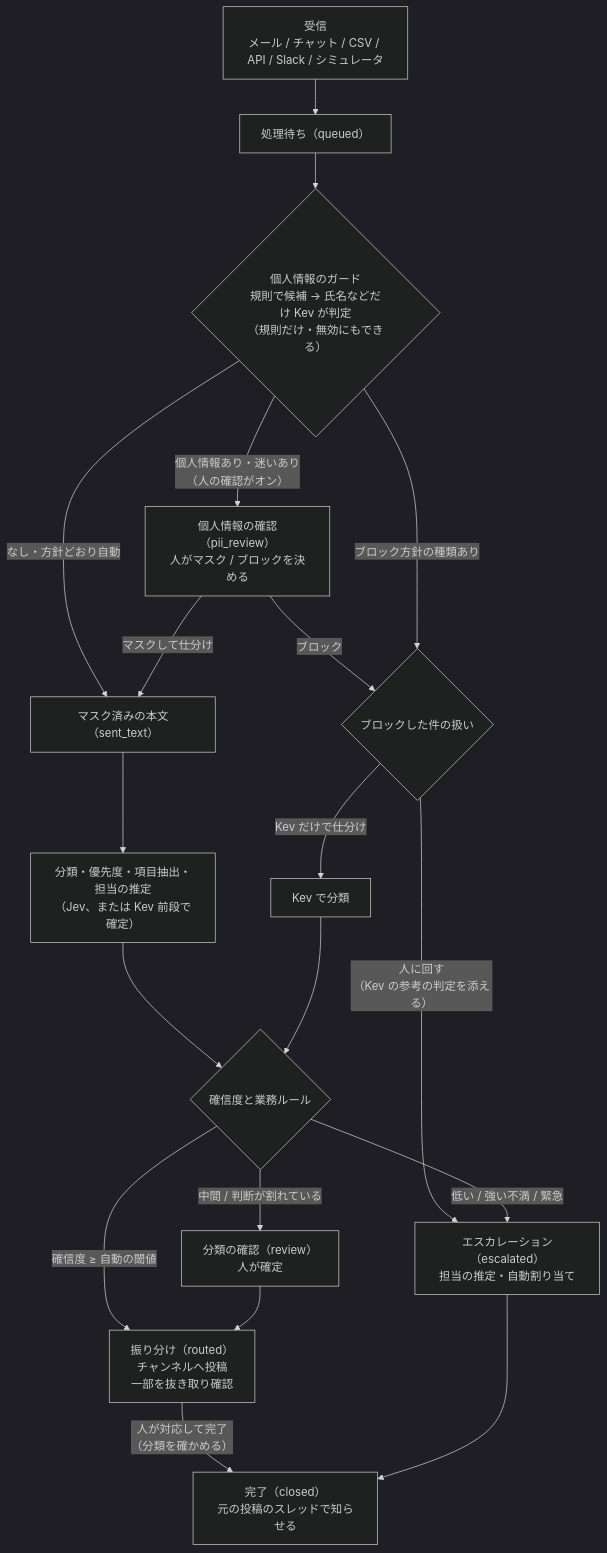
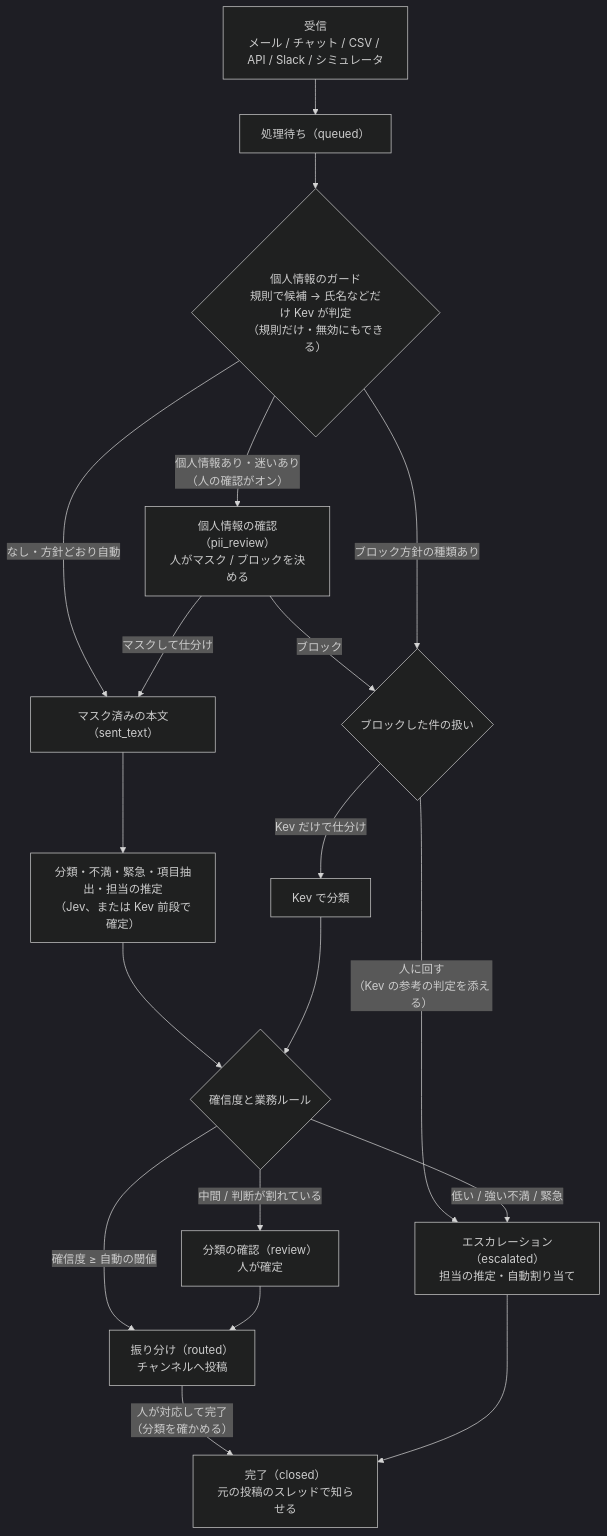
Before and after one commit to k-shimura7617/jevlab: the second of 2 diagrams in docs/architecture.md, drawn with Mermaid (dark theme). The commit also changed other lines of this file and 9 other files, not shown here.

````diff
--- a/docs/architecture.md
+++ b/docs/architecture.md
@@ -162,21 +162,21 @@
 ```mermaid
 flowchart TD
   In["受信<br/>メール / チャット / CSV / API / Slack / シミュレータ"] --> Q["処理待ち（queued）"]
   Q --> G{"個人情報のガード<br/>規則で候補 → 氏名などだけ Kev が判定<br/>（規則だけ・無効にもできる）"}
   G -- "個人情報あり・迷いあり<br/>（人の確認がオン）" --> P["個人情報の確認（pii_review）<br/>人がマスク / ブロックを決める"]
   G -- "なし・方針どおり自動" --> M["マスク済みの本文（sent_text）"]
   P -- "マスクして仕分け" --> M
   P -- "ブロック" --> B{"ブロックした件の扱い"}
   G -- "ブロック方針の種類あり" --> B
   B -- "人に回す<br/>（Kev の参考の判定を添える）" --> E
   B -- "Kev だけで仕分け" --> KV["Kev で分類"]
-  M --> C["分類・優先度・項目抽出・担当の推定<br/>（Jev、または Kev 前段で確定）"]
+  M --> C["分類・不満・緊急・項目抽出・担当の推定<br/>（Jev、または Kev 前段で確定）"]
   C --> R{"確信度と業務ルール"}
-  R -- "確信度 ≥ 自動の閾値" --> RT["振り分け（routed）<br/>チャンネルへ投稿<br/>一部を抜き取り確認"]
+  R -- "確信度 ≥ 自動の閾値" --> RT["振り分け（routed）<br/>チャンネルへ投稿"]
   R -- "中間 / 判断が割れている" --> RV["分類の確認（review）<br/>人が確定"]
   R -- "低い / 強い不満 / 緊急" --> E["エスカレーション（escalated）<br/>担当の推定・自動割り当て"]
   RV --> RT
   RT -- "人が対応して完了<br/>（分類を確かめる）" --> CL
   E --> CL["完了（closed）<br/>元の投稿のスレッドで知らせる"]
   KV --> R
 ```
````
